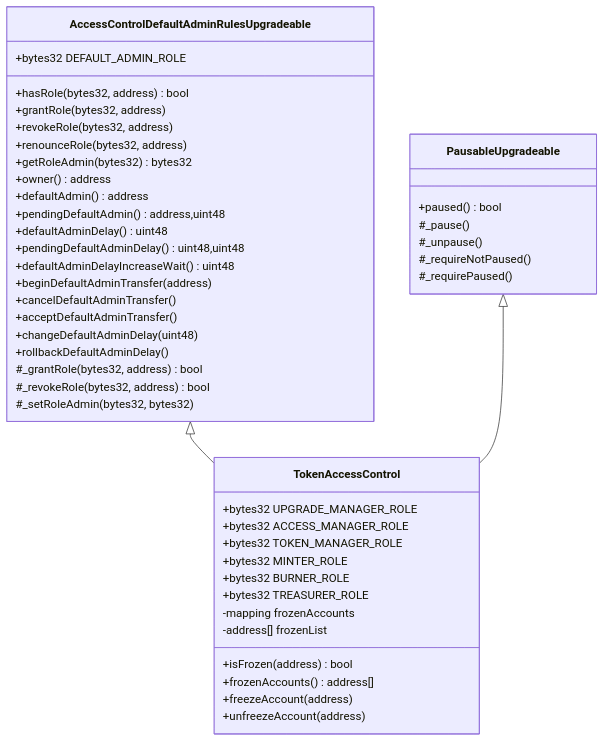
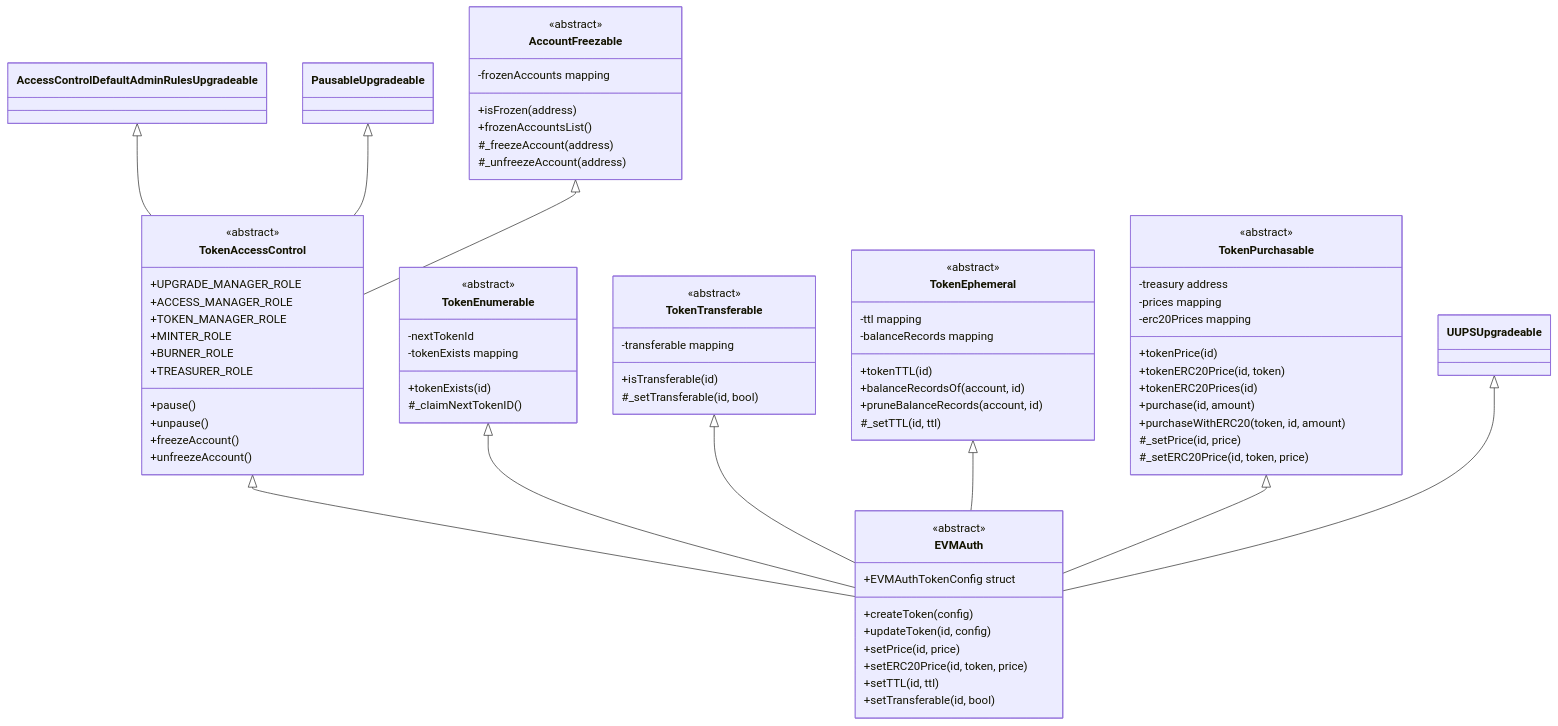
One commit to glanzz/evmauth-core changed the first of 3 diagrams in src/README.md. Above: the diagram before and after it, drawn with Mermaid. The commit also changed other lines of this file and 2 other files, not shown here.

````diff
--- a/src/README.md
+++ b/src/README.md
@@ -85,49 +15,85 @@
 ```mermaid
 classDiagram
-    class AccessControlDefaultAdminRulesUpgradeable{
-        +bytes32 DEFAULT_ADMIN_ROLE
-        +hasRole(bytes32, address) bool
-        +grantRole(bytes32, address)
-        +revokeRole(bytes32, address)
-        +renounceRole(bytes32, address)
-        +getRoleAdmin(bytes32) bytes32
-        +owner() address
-        +defaultAdmin() address
-        +pendingDefaultAdmin() address,uint48
-        +defaultAdminDelay() uint48
-        +pendingDefaultAdminDelay() uint48,uint48
-        +defaultAdminDelayIncreaseWait() uint48
-        +beginDefaultAdminTransfer(address)
-        +cancelDefaultAdminTransfer()
-        +acceptDefaultAdminTransfer()
-        +changeDefaultAdminDelay(uint48)
-        +rollbackDefaultAdminDelay()
-        #_grantRole(bytes32, address) bool
-        #_revokeRole(bytes32, address) bool
-        #_setRoleAdmin(bytes32, bytes32)
+    class TokenAccessControl {
+        <<abstract>>
+        +UPGRADE_MANAGER_ROLE
+        +ACCESS_MANAGER_ROLE
+        +TOKEN_MANAGER_ROLE
+        +MINTER_ROLE
+        +BURNER_ROLE
+        +TREASURER_ROLE
+        +pause()
+        +unpause()
+        +freezeAccount()
+        +unfreezeAccount()
     }
-    class PausableUpgradeable{
-        +paused() bool
-        #_pause()
-        #_unpause()
-        #_requireNotPaused()
-        #_requirePaused()
+    
+    class AccountFreezable {
+        <<abstract>>
+        -frozenAccounts mapping
+        +isFrozen(address)
+        +frozenAccountsList()
+        #_freezeAccount(address)
+        #_unfreezeAccount(address)
     }
-    class TokenAccessControl{
-        +bytes32 UPGRADE_MANAGER_ROLE
-        +bytes32 ACCESS_MANAGER_ROLE
-        +bytes32 TOKEN_MANAGER_ROLE
-        +bytes32 MINTER_ROLE
-        +bytes32 BURNER_ROLE
-        +bytes32 TREASURER_ROLE
-        -mapping frozenAccounts
-        -address[] frozenList
-        +isFrozen(address) bool
-        +frozenAccounts() address[]
-        +freezeAccount(address)
-        +unfreezeAccount(address)
+    
+    class TokenEnumerable {
+        <<abstract>>
+        -nextTokenId
+        -tokenExists mapping
+        +tokenExists(id)
+        #_claimNextTokenID()
+    }
+    
+    class TokenTransferable {
+        <<abstract>>
+        -transferable mapping
+        +isTransferable(id)
+        #_setTransferable(id, bool)
+    }
+    
+    class TokenEphemeral {
+        <<abstract>>
+        -ttl mapping
+        -balanceRecords mapping
+        +tokenTTL(id)
+        +balanceRecordsOf(account, id)
+        +pruneBalanceRecords(account, id)
+        #_setTTL(id, ttl)
+    }
+    
+    class TokenPurchasable {
+        <<abstract>>
+        -treasury address
+        -prices mapping
+        -erc20Prices mapping
+        +tokenPrice(id)
+        +tokenERC20Price(id, token)
+        +tokenERC20Prices(id)
+        +purchase(id, amount)
+        +purchaseWithERC20(token, id, amount)
+        #_setPrice(id, price)
+        #_setERC20Price(id, token, price)
+    }
+    
+    class EVMAuth {
+        <<abstract>>
+        +EVMAuthTokenConfig struct
+        +createToken(config)
+        +updateToken(id, config)
+        +setPrice(id, price)
+        +setERC20Price(id, token, price)
+        +setTTL(id, ttl)
+        +setTransferable(id, bool)
     }
     
     AccessControlDefaultAdminRulesUpgradeable <|-- TokenAccessControl
     PausableUpgradeable <|-- TokenAccessControl
+    AccountFreezable <|-- TokenAccessControl
+    TokenAccessControl <|-- EVMAuth
+    TokenEnumerable <|-- EVMAuth
+    TokenTransferable <|-- EVMAuth
+    TokenEphemeral <|-- EVMAuth
+    TokenPurchasable <|-- EVMAuth
+    UUPSUpgradeable <|-- EVMAuth
 ```
````
